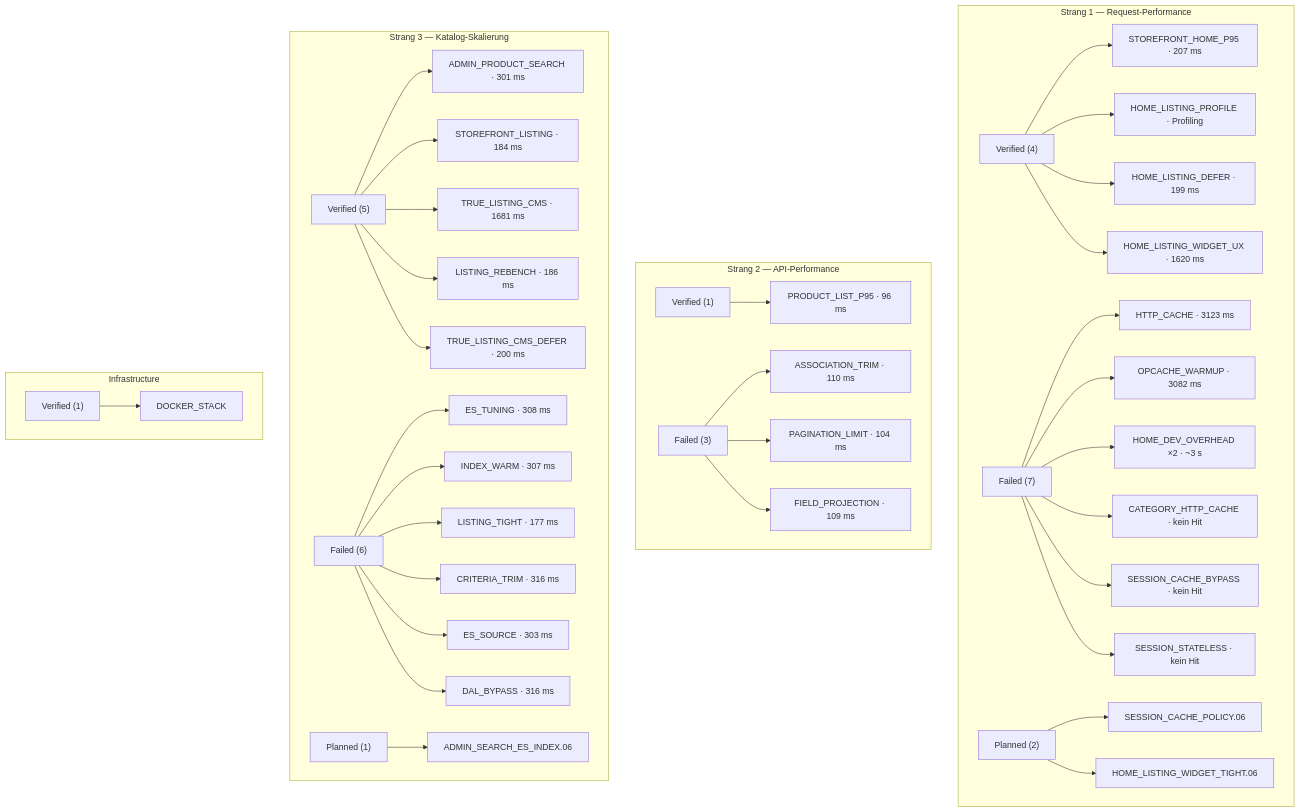
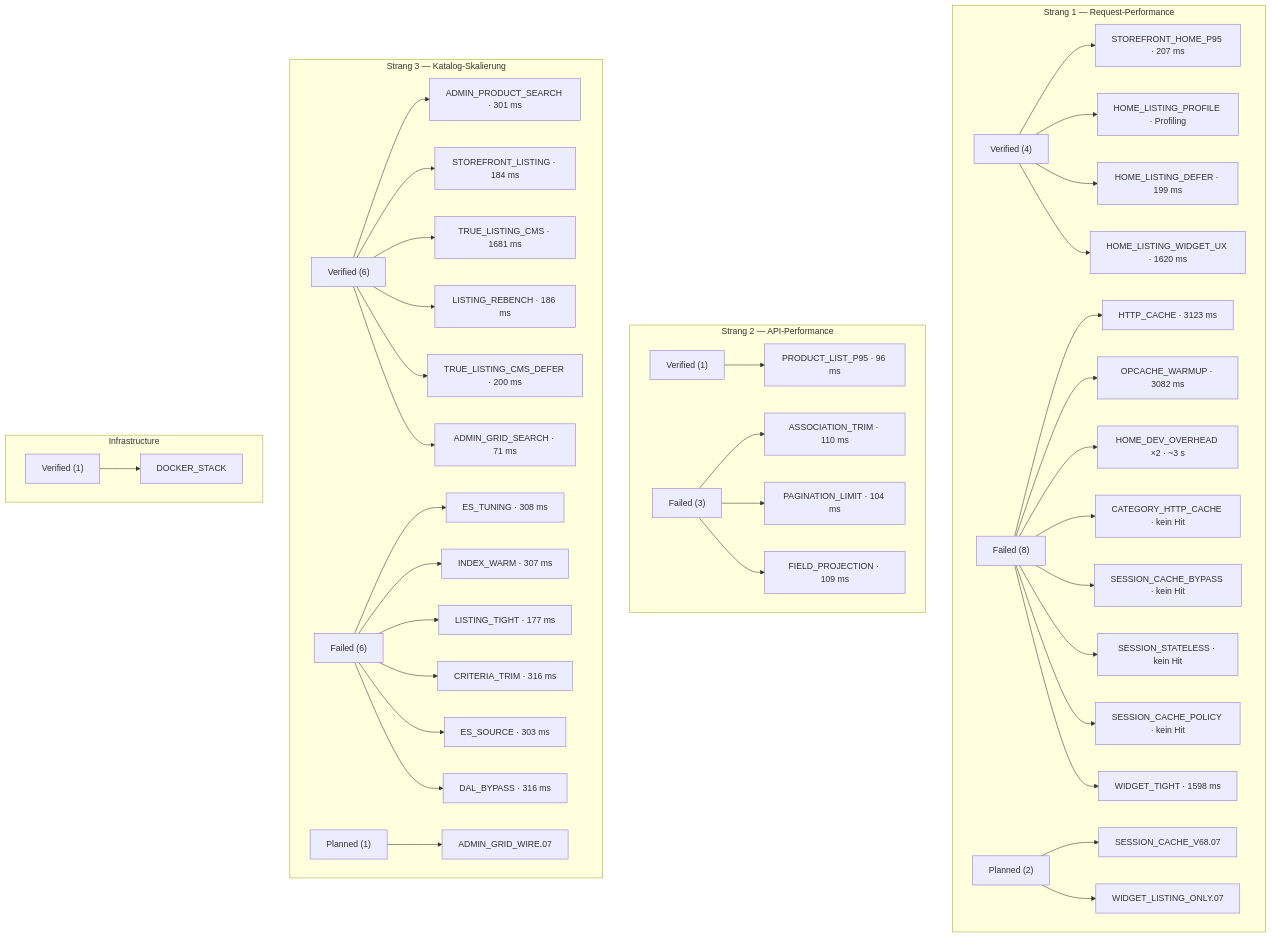
Before and after one commit to sthamann/shopware-autoresearch: the third of 5 diagrams in RESEARCH_RESULTS.md, drawn with Mermaid. The commit also changed other lines of this file and 18 other files, not shown here.

First line of the commit message:
Wave 6: query-only admin grid search verified at 71 ms p95.

````diff
--- a/RESEARCH_RESULTS.md
+++ b/RESEARCH_RESULTS.md
@@ -235,52 +244,55 @@
 ```mermaid
 flowchart TD
     subgraph S1["Strang 1 — Request-Performance"]
         S1V["Verified (4)"]
-        S1F["Failed (7)"]
+        S1F["Failed (8)"]
         S1P["Planned (2)"]
         S1V --> R1["STOREFRONT_HOME_P95 · 207 ms"]
         S1V --> R2["HOME_LISTING_PROFILE · Profiling"]
         S1V --> R3["HOME_LISTING_DEFER · 199 ms"]
         S1V --> R4["HOME_LISTING_WIDGET_UX · 1620 ms"]
         S1F --> RF1["HTTP_CACHE · 3123 ms"]
         S1F --> RF2["OPCACHE_WARMUP · 3082 ms"]
         S1F --> RF3["HOME_DEV_OVERHEAD ×2 · ~3 s"]
         S1F --> RF4["CATEGORY_HTTP_CACHE · kein Hit"]
         S1F --> RF5["SESSION_CACHE_BYPASS · kein Hit"]
         S1F --> RF6["SESSION_STATELESS · kein Hit"]
-        S1P --> RP1["SESSION_CACHE_POLICY.06"]
-        S1P --> RP2["HOME_LISTING_WIDGET_TIGHT.06"]
+        S1F --> RF7["SESSION_CACHE_POLICY · kein Hit"]
+        S1F --> RF8["WIDGET_TIGHT · 1598 ms"]
+        S1P --> RP1["SESSION_CACHE_V68.07"]
+        S1P --> RP2["WIDGET_LISTING_ONLY.07"]
     end
 
     subgraph S2["Strang 2 — API-Performance"]
         S2V["Verified (1)"]
         S2F["Failed (3)"]
         S2V --> A1["PRODUCT_LIST_P95 · 96 ms"]
         S2F --> AF1["ASSOCIATION_TRIM · 110 ms"]
         S2F --> AF2["PAGINATION_LIMIT · 104 ms"]
         S2F --> AF3["FIELD_PROJECTION · 109 ms"]
     end
 
     subgraph S3["Strang 3 — Katalog-Skalierung"]
-        S3V["Verified (5)"]
+        S3V["Verified (6)"]
         S3F["Failed (6)"]
         S3P["Planned (1)"]
         S3V --> C1["ADMIN_PRODUCT_SEARCH · 301 ms"]
         S3V --> C2["STOREFRONT_LISTING · 184 ms"]
         S3V --> C3["TRUE_LISTING_CMS · 1681 ms"]
         S3V --> C4["LISTING_REBENCH · 186 ms"]
         S3V --> C5["TRUE_LISTING_CMS_DEFER · 200 ms"]
+        S3V --> C6["ADMIN_GRID_SEARCH · 71 ms"]
         S3F --> CF1["ES_TUNING · 308 ms"]
         S3F --> CF2["INDEX_WARM · 307 ms"]
         S3F --> CF3["LISTING_TIGHT · 177 ms"]
         S3F --> CF4["CRITERIA_TRIM · 316 ms"]
         S3F --> CF5["ES_SOURCE · 303 ms"]
         S3F --> CF6["DAL_BYPASS · 316 ms"]
-        S3P --> CP1["ADMIN_SEARCH_ES_INDEX.06"]
+        S3P --> CP1["ADMIN_GRID_WIRE.07"]
     end
 
     subgraph INF["Infrastructure"]
         IV["Verified (1)"]
         IV --> I1["DOCKER_STACK"]
     end
 ```
````
